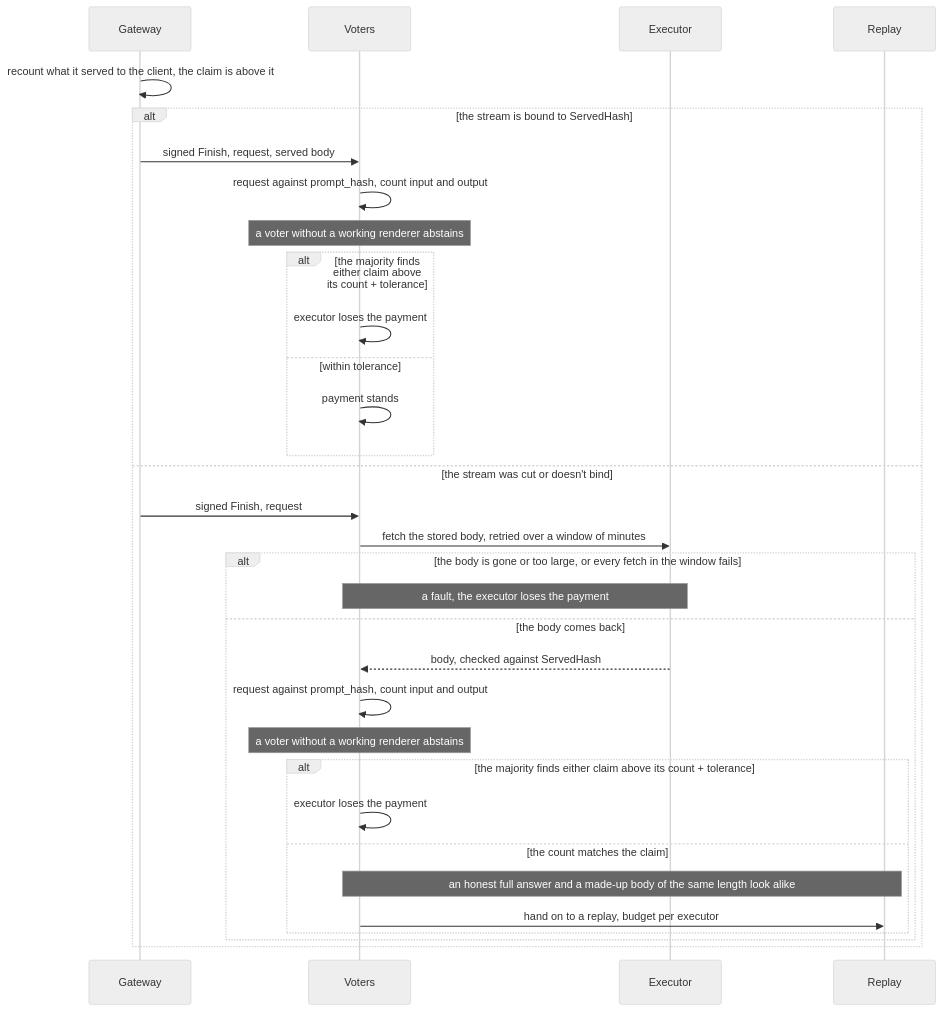
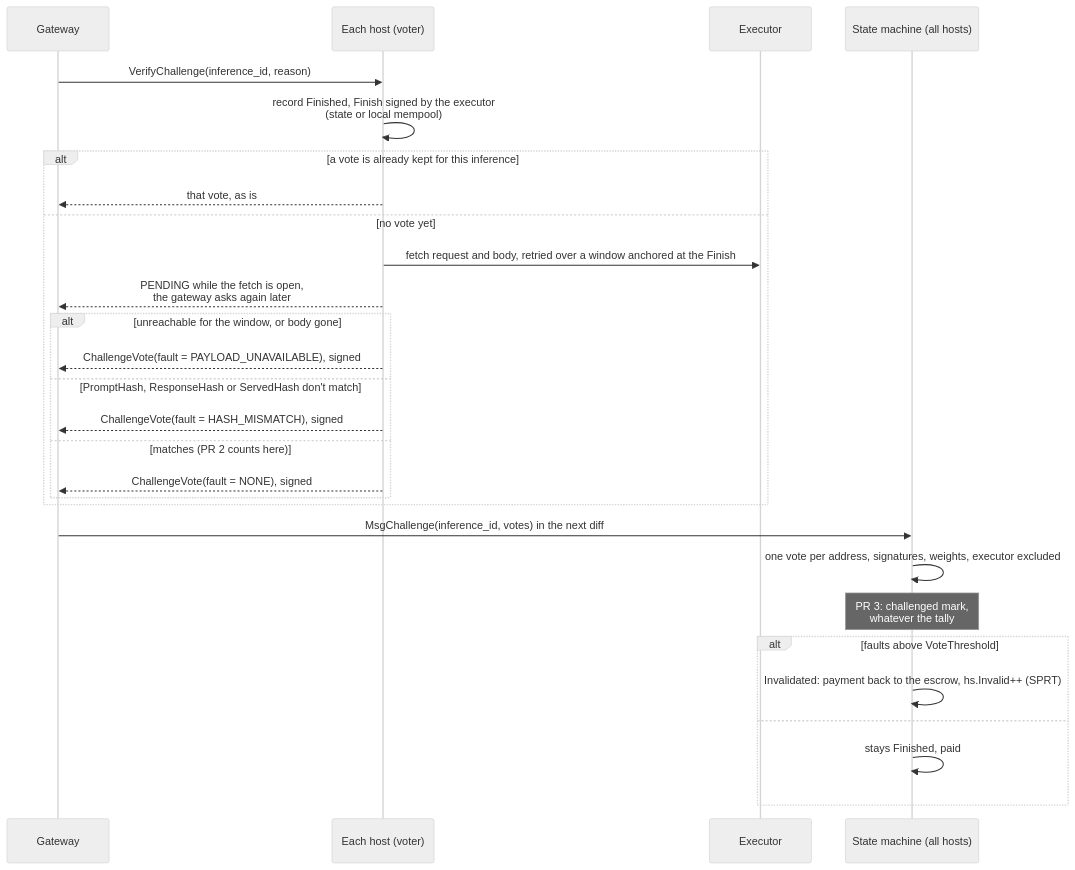
One commit to Daniil-Zotov/gonkadocs changed the third of 4 diagrams in docs/community/issues/02000-devshard-executor-reported-output-tokens-set-the-payment-and.md. Above: the diagram before and after it, drawn with Mermaid (neutral theme). The commit also changed other lines of this file and 432 other files, not shown here.

````diff
--- a/docs/community/issues/02000-devshard-executor-reported-output-tokens-set-the-payment-and.md
+++ b/docs/community/issues/02000-devshard-executor-reported-output-tokens-set-the-payment-and.md
@@ -76,34 +129,30 @@
 ```mermaid
 sequenceDiagram
     participant G as Gateway
-    participant V as Voters
+    participant H as Each host (voter)
     participant E as Executor
-    participant R as Replay
-    G->>G: recount what it served to the client, the claim is above it
-    alt the stream is bound to ServedHash
-        G->>V: signed Finish, request, served body
-        V->>V: request against prompt_hash, count input and output
-        Note over V: a voter without a working renderer abstains
-        alt the majority finds either claim above its count + tolerance
-            V->>V: executor loses the payment
-        else within tolerance
-            V->>V: payment stands
-        end
-    else the stream was cut or doesn't bind
-        G->>V: signed Finish, request
-        V->>E: fetch the stored body, retried over a window of minutes
-        alt the body is gone or too large, or every fetch in the window fails
-            Note over V,E: a fault, the executor loses the payment
-        else the body comes back
-            E-->>V: body, checked against ServedHash
-            V->>V: request against prompt_hash, count input and output
-            Note over V: a voter without a working renderer abstains
-            alt the majority finds either claim above its count + tolerance
-                V->>V: executor loses the payment
-            else the count matches the claim
-                Note over V,R: an honest full answer and a made-up body of the same length look alike
-                V->>R: hand on to a replay, budget per executor
-            end
+    participant S as State machine (all hosts)
+    G->>H: VerifyChallenge(inference_id, reason)
+    H->>H: record Finished, Finish signed by the executor<br/>(state or local mempool)
+    alt a vote is already kept for this inference
+        H-->>G: that vote, as is
+    else no vote yet
+        H->>E: fetch request and body, retried over a window anchored at the Finish
+        H-->>G: PENDING while the fetch is open,<br/>the gateway asks again later
+        alt unreachable for the window, or body gone
+            H-->>G: ChallengeVote(fault = PAYLOAD_UNAVAILABLE), signed
+        else PromptHash, ResponseHash or ServedHash don't match
+            H-->>G: ChallengeVote(fault = HASH_MISMATCH), signed
+        else matches (PR 2 counts here)
+            H-->>G: ChallengeVote(fault = NONE), signed
         end
     end
+    G->>S: MsgChallenge(inference_id, votes) in the next diff
+    S->>S: one vote per address, signatures, weights, executor excluded
+    Note over S: PR 3: challenged mark,<br/>whatever the tally
+    alt faults above VoteThreshold
+        S->>S: Invalidated: payment back to the escrow, hs.Invalid++ (SPRT)
+    else
+        S->>S: stays Finished, paid
+    end
 ```
````
